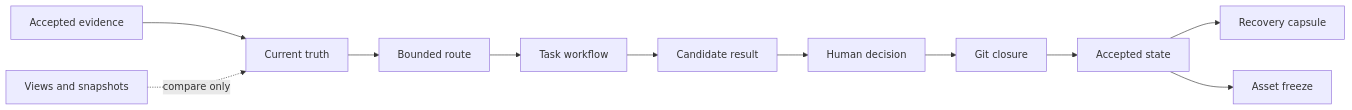
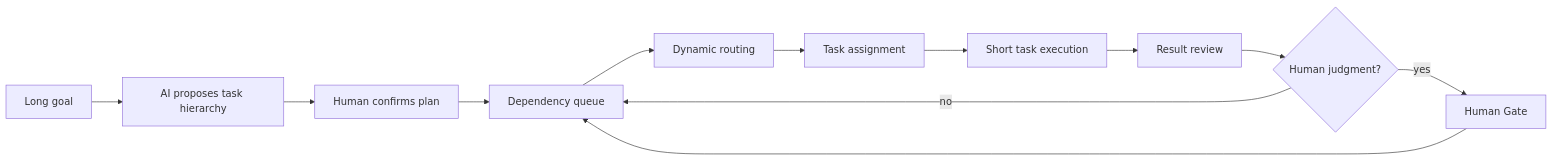
One commit to Dengk3Li/personal-ai-os-core changed the diagram in README.md. Above: the diagram before and after it, drawn with Mermaid. The commit also changed other lines of this file and 17 other files, not shown here.

Commit message:
feat: add human-in-the-loop long task workbench

````diff
--- a/README.md
+++ b/README.md
@@ -28,13 +15,14 @@
 ```mermaid
 flowchart LR
-    E[Accepted evidence] --> T[Current truth]
-    V[Views and snapshots] -. compare only .-> T
-    T --> R[Bounded route]
-    R --> W[Task workflow]
-    W --> C[Candidate result]
-    C --> H[Human decision]
-    H --> G[Git closure]
-    G --> A[Accepted state]
-    A --> K[Recovery capsule]
-    A --> F[Asset freeze]
+    G[Long goal] --> P[AI proposes task hierarchy]
+    P --> H[Human confirms plan]
+    H --> Q[Dependency queue]
+    Q --> R[Dynamic routing]
+    R --> A[Task assignment]
+    A --> E[Short task execution]
+    E --> V[Result review]
+    V --> D{Human judgment?}
+    D -->|yes| J[Human Gate]
+    J --> Q
+    D -->|no| Q
 ```
````
